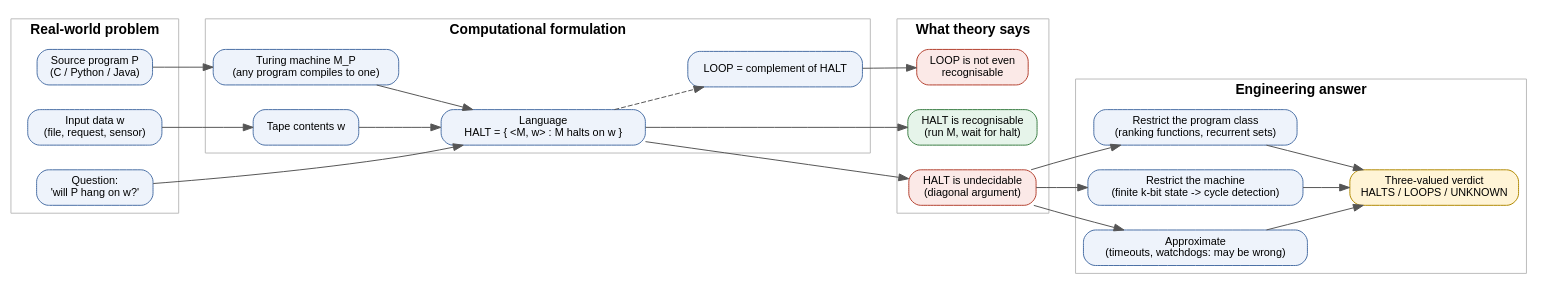
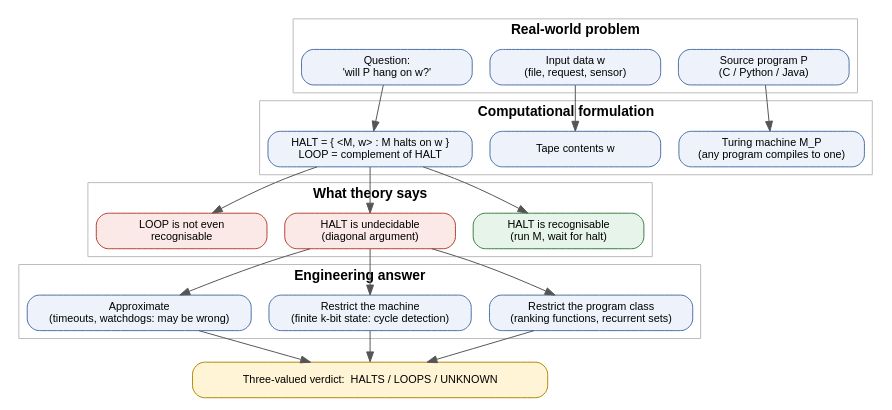
One commit to Vaishakkr/FLA-Task4-Infinite-Loop-Detection changed the diagram in docs/diagrams/problem_mapping.dot. Above: the diagram before and after it, drawn with Graphviz. The commit also changed 3 other files, not shown here.

Commit message:
Problem-mapping diagram: vertical layout

```diff
--- a/docs/diagrams/problem_mapping.dot
+++ b/docs/diagrams/problem_mapping.dot
@@ -1,31 +1,35 @@
 
 digraph M {
-  rankdir=LR; nodesep=0.35; ranksep=0.6;
-  node [shape=box style="rounded,filled" fontname="Helvetica" fontsize=11 fillcolor="#eef3fb" color="#4a6fa5"];
+  rankdir=TB; nodesep=0.25; ranksep=0.45; newrank=true;
+  node [shape=box style="rounded,filled" fontname="Helvetica" fontsize=11 fillcolor="#eef3fb" color="#4a6fa5" width=2.4];
   edge [fontname="Helvetica" fontsize=10 color="#555555"];
   subgraph cluster_r { label="Real-world problem"; fontname="Helvetica-Bold"; color="#bbbbbb";
     r1 [label="Source program P\n(C / Python / Java)"];
     r2 [label="Input data w\n(file, request, sensor)"];
     r3 [label="Question:\n'will P hang on w?'"];
   }
   subgraph cluster_f { label="Computational formulation"; fontname="Helvetica-Bold"; color="#bbbbbb";
     f1 [label="Turing machine M_P\n(any program compiles to one)"];
     f2 [label="Tape contents w"];
-    f3 [label="Language\nHALT = { <M, w> : M halts on w }"];
-    f4 [label="LOOP = complement of HALT"];
+    f3 [label="HALT = { <M, w> : M halts on w }\nLOOP = complement of HALT"];
   }
   subgraph cluster_a { label="What theory says"; fontname="Helvetica-Bold"; color="#bbbbbb";
     a1 [label="HALT is recognisable\n(run M, wait for halt)" fillcolor="#e6f4ea" color="#3a7d44"];
     a2 [label="HALT is undecidable\n(diagonal argument)" fillcolor="#fbe9e7" color="#b3412f"];
     a3 [label="LOOP is not even\nrecognisable" fillcolor="#fbe9e7" color="#b3412f"];
   }
   subgraph cluster_e { label="Engineering answer"; fontname="Helvetica-Bold"; color="#bbbbbb";
     e1 [label="Restrict the program class\n(ranking functions, recurrent sets)"];
-    e2 [label="Restrict the machine\n(finite k-bit state -> cycle detection)"];
+    e2 [label="Restrict the machine\n(finite k-bit state: cycle detection)"];
     e3 [label="Approximate\n(timeouts, watchdogs: may be wrong)"];
-    e4 [label="Three-valued verdict\nHALTS / LOOPS / UNKNOWN" fillcolor="#fff4d6" color="#b08900"];
   }
-  r1 -> f1; r2 -> f2; r3 -> f3; f1 -> f3; f2 -> f3; f3 -> f4 [style=dashed];
-  f3 -> a1; f3 -> a2; f4 -> a3;
-  a2 -> e1; a2 -> e2; a2 -> e3; e1 -> e4; e2 -> e4; e3 -> e4;
+  e4 [label="Three-valued verdict:  HALTS / LOOPS / UNKNOWN" fillcolor="#fff4d6" color="#b08900" width=5];
+  { rank=same; r1; r2; r3; }
+  { rank=same; f1; f2; f3; }
+  { rank=same; a1; a2; a3; }
+  { rank=same; e1; e2; e3; }
+  r1 -> f1; r2 -> f2; r3 -> f3;
+  f3 -> a1; f3 -> a2; f3 -> a3;
+  a2 -> e1; a2 -> e2; a2 -> e3;
+  e1 -> e4; e2 -> e4; e3 -> e4;
 }
```
